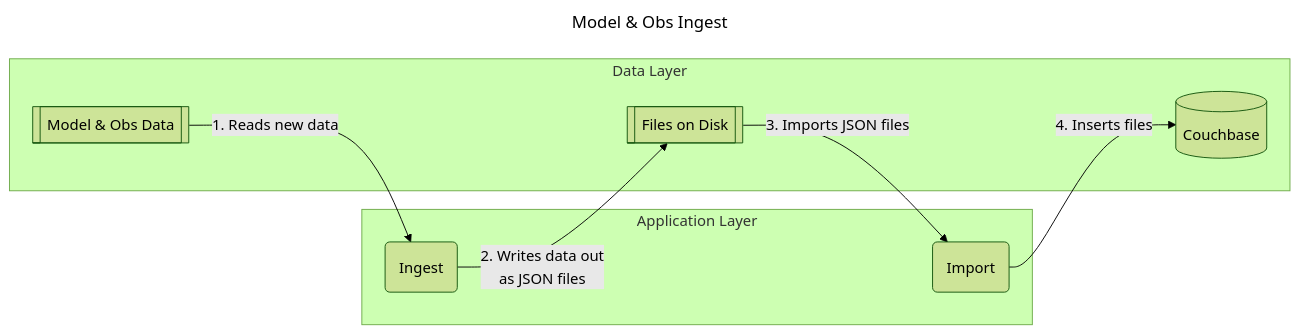
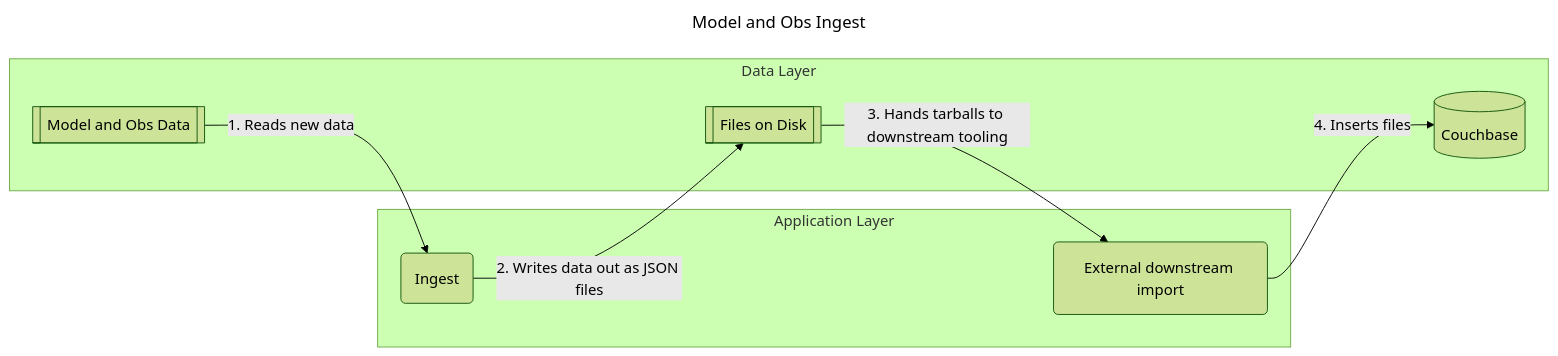
The first of 2 diagrams in README.md (NOAA-GSL/VxIngest), drawn with Mermaid (forest theme) before and after one commit. The commit also changed other lines of this file and 14 other files, not shown here.

````diff
--- a/README.md
+++ b/README.md
@@ -192,20 +123,20 @@
 ```mermaid
 ---
-title: Model & Obs Ingest
+title: Model and Obs Ingest
 ---
 flowchart LR
     data --> |1. Reads new data| ingest
-    ingest --> |2. Writes data out <br>as JSON files| disk
-    disk --> |3. Imports JSON files| import
-    import --> |4. Inserts files| cb
+    ingest --> |2. Writes data out as JSON files| disk
+    disk --> |3. Hands tarballs to downstream tooling| downstream
+    downstream --> |4. Inserts files| cb
 
     subgraph Application Layer
         ingest(Ingest)
-        import(Import)
+        downstream(External downstream import)
     end
     subgraph Data Layer
-        data[[Model & Obs Data]]
+        data[[Model and Obs Data]]
         disk[[Files on Disk]]
         cb[(Couchbase)]
     end
 ```
````
